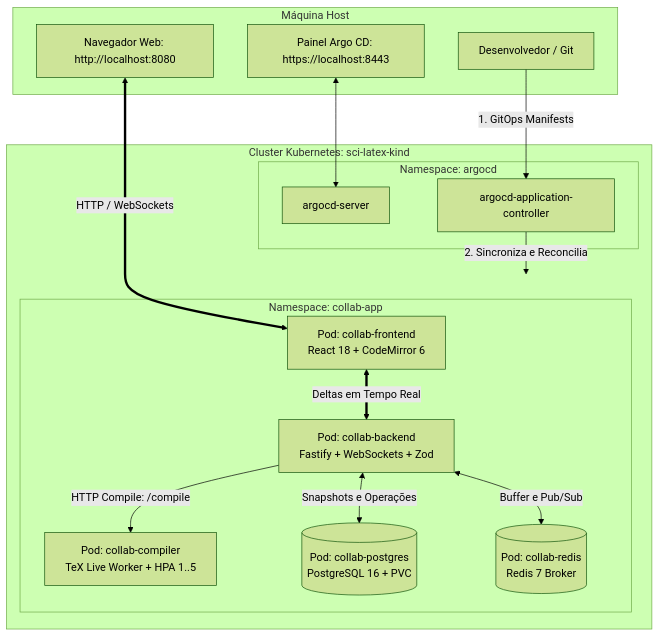
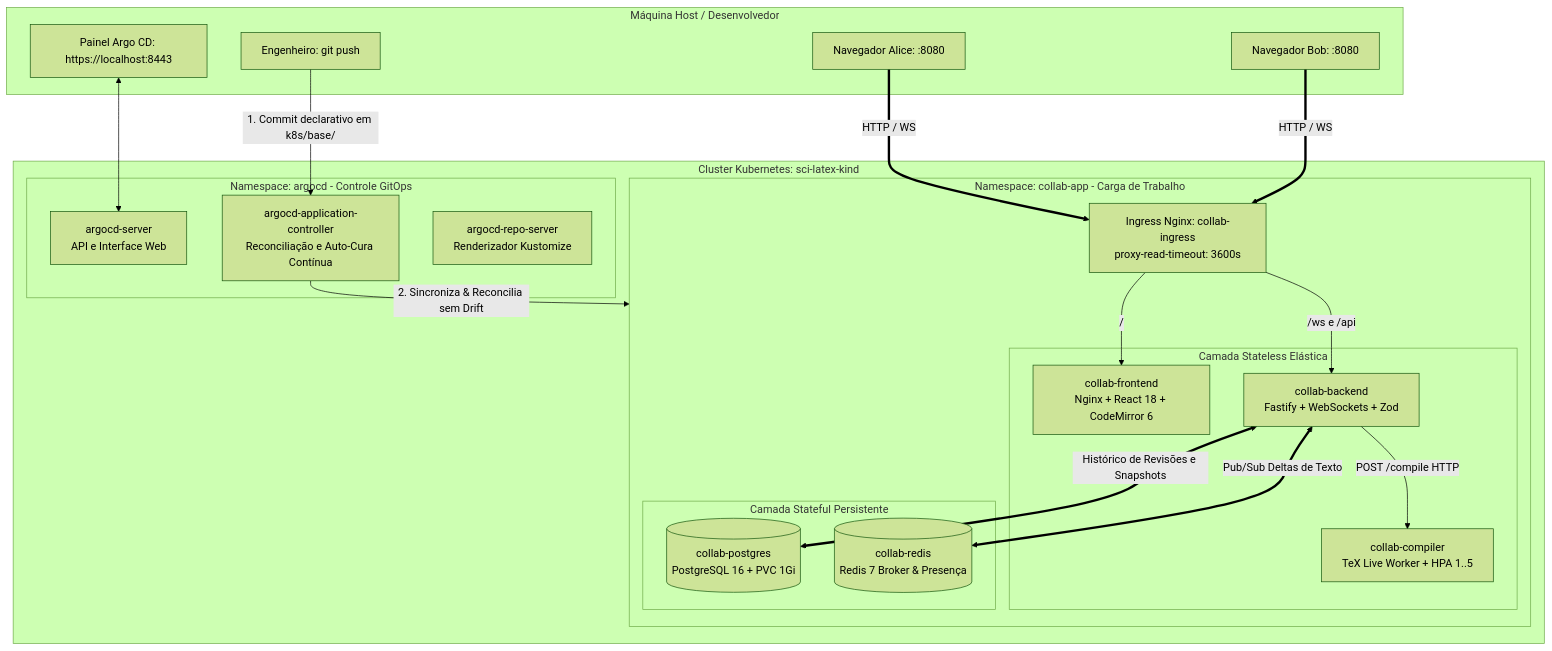
Before and after one commit to gilsonrusso/estudo-comunicao-em-tempo-real: the diagram in k8s/README.md, drawn with Mermaid (forest theme). The commit also changed other lines of this file and 9 other files, not shown here.

````diff
--- a/k8s/README.md
+++ b/k8s/README.md
@@ -9,33 +11,46 @@
 ```mermaid
 flowchart TD
-    subgraph Host_Environment [Máquina Host]
-        DEV[Desenvolvedor / Git]
-        BROWSER[Navegador Web: http://localhost:8080]
+    subgraph Host_Environment [Máquina Host / Desenvolvedor]
+        DEV[Engenheiro: git push]
+        BROWSER_A[Navegador Alice: :8080]
+        BROWSER_B[Navegador Bob: :8080]
         ARGO_UI[Painel Argo CD: https://localhost:8443]
     end
 
     subgraph Kind_Cluster [Cluster Kubernetes: sci-latex-kind]
-        subgraph Namespace_ArgoCD [Namespace: argocd]
-            ARGO_SRV[argocd-server]
-            ARGO_CTRL[argocd-application-controller]
+        subgraph Namespace_ArgoCD [Namespace: argocd - Controle GitOps]
+            ARGO_SRV[argocd-server\nAPI e Interface Web]
+            ARGO_CTRL[argocd-application-controller\nReconciliação e Auto-Cura Contínua]
+            ARGO_REPO[argocd-repo-server\nRenderizador Kustomize]
         end
 
-        subgraph Namespace_CollabApp [Namespace: collab-app]
-            FE[Pod: collab-frontend\nReact 18 + CodeMirror 6]
-            BE[Pod: collab-backend\nFastify + WebSockets + Zod]
-            COMP[Pod: collab-compiler\nTeX Live Worker + HPA 1..5]
-            PG[(Pod: collab-postgres\nPostgreSQL 16 + PVC)]
-            RD[(Pod: collab-redis\nRedis 7 Broker)]
+        subgraph Namespace_CollabApp [Namespace: collab-app - Carga de Trabalho]
+            ING[Ingress Nginx: collab-ingress\nproxy-read-timeout: 3600s]
+
+            subgraph Stateless_Pods [Camada Stateless Elástica]
+                FE[collab-frontend\nNginx + React 18 + CodeMirror 6]
+                BE[collab-backend\nFastify + WebSockets + Zod]
+                COMP[collab-compiler\nTeX Live Worker + HPA 1..5]
+            end
+
+            subgraph Stateful_Pods [Camada Stateful Persistente]
+                PG[(collab-postgres\nPostgreSQL 16 + PVC 1Gi)]
+                RD[(collab-redis\nRedis 7 Broker & Presença)]
+            end
         end
     end
 
-    DEV -->|1. GitOps Manifests| ARGO_CTRL
-    ARGO_CTRL -->|2. Sincroniza e Reconcilia| Namespace_CollabApp
+    DEV -->|1. Commit declarativo em k8s/base/| ARGO_CTRL
+    ARGO_CTRL -->|2. Sincroniza & Reconcilia sem Drift| Namespace_CollabApp
 
-    BROWSER <==>|HTTP / WebSockets| FE
-    FE <==>|Deltas em Tempo Real| BE
-    BE <-->|Buffer e Pub/Sub| RD
-    BE <-->|Snapshots e Operações| PG
-    BE -->|HTTP Compile: /compile| COMP
+    BROWSER_A ==>|HTTP / WS| ING
+    BROWSER_B ==>|HTTP / WS| ING
+
+    ING -->|/| FE
+    ING -->|/ws e /api| BE
+    BE <==>|Pub/Sub Deltas de Texto| RD
+    BE <==>|Histórico de Revisões e Snapshots| PG
+    BE -->|POST /compile HTTP| COMP
+
     ARGO_UI <--> ARGO_SRV
 ```
````
